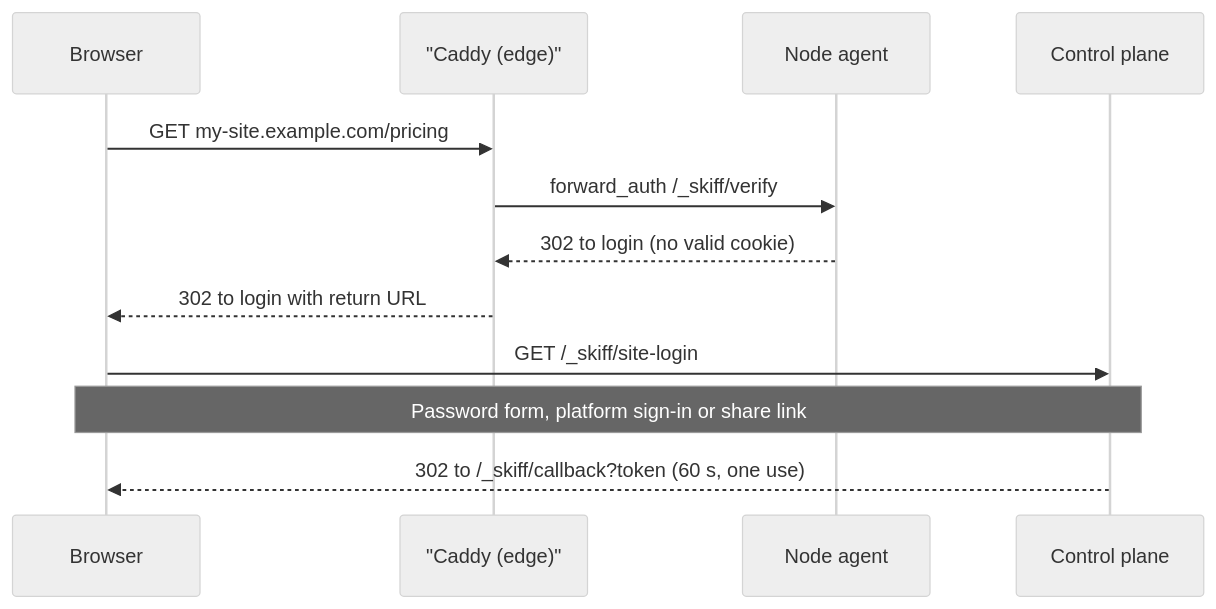
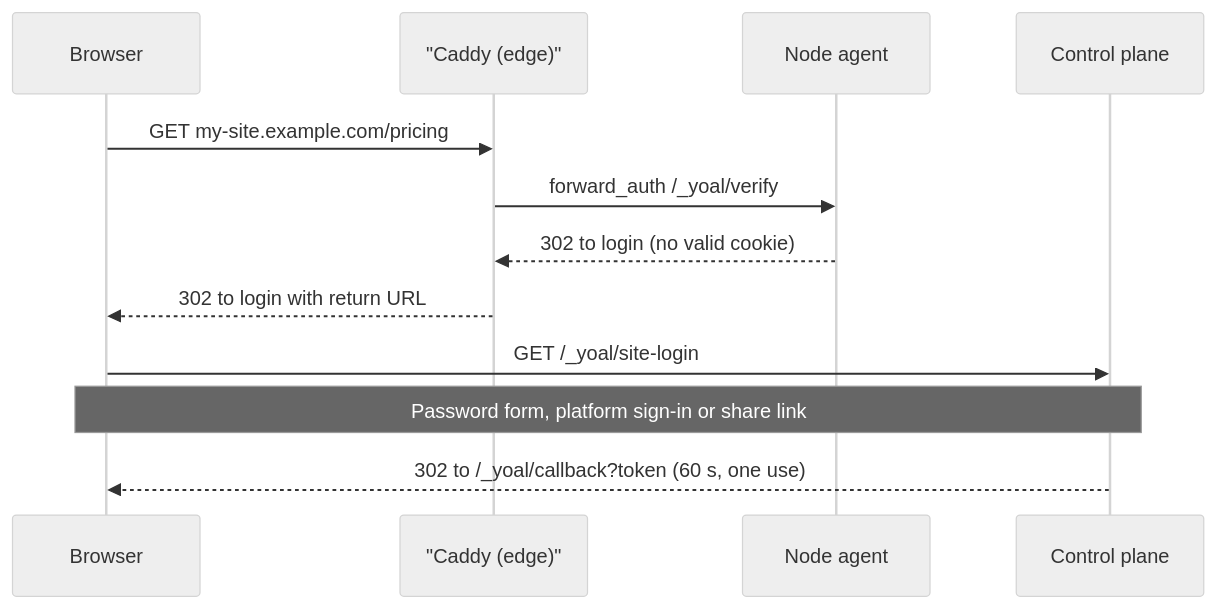
Before and after one commit to KieranHolroyd/skiff: the first of 2 diagrams in packages/docs/content/deploying/access-and-sharing.md, drawn with Mermaid (neutral theme). The commit also changed other lines of this file and 1869 other files, not shown here.

````diff
--- a/packages/docs/content/deploying/access-and-sharing.md
+++ b/packages/docs/content/deploying/access-and-sharing.md
@@ -53,14 +53,14 @@
 ```mermaid
 sequenceDiagram
   participant B as Browser
   participant C as "Caddy (edge)"
   participant A as Node agent
   participant CP as Control plane
   B->>C: GET my-site.example.com/pricing
-  C->>A: forward_auth /_skiff/verify
+  C->>A: forward_auth /_yoal/verify
   A-->>C: 302 to login (no valid cookie)
   C-->>B: 302 to login with return URL
-  B->>CP: GET /_skiff/site-login
+  B->>CP: GET /_yoal/site-login
   Note over B,CP: Password form, platform sign-in or share link
-  CP-->>B: 302 to /_skiff/callback?token (60 s, one use)
+  CP-->>B: 302 to /_yoal/callback?token (60 s, one use)
 ```
````
